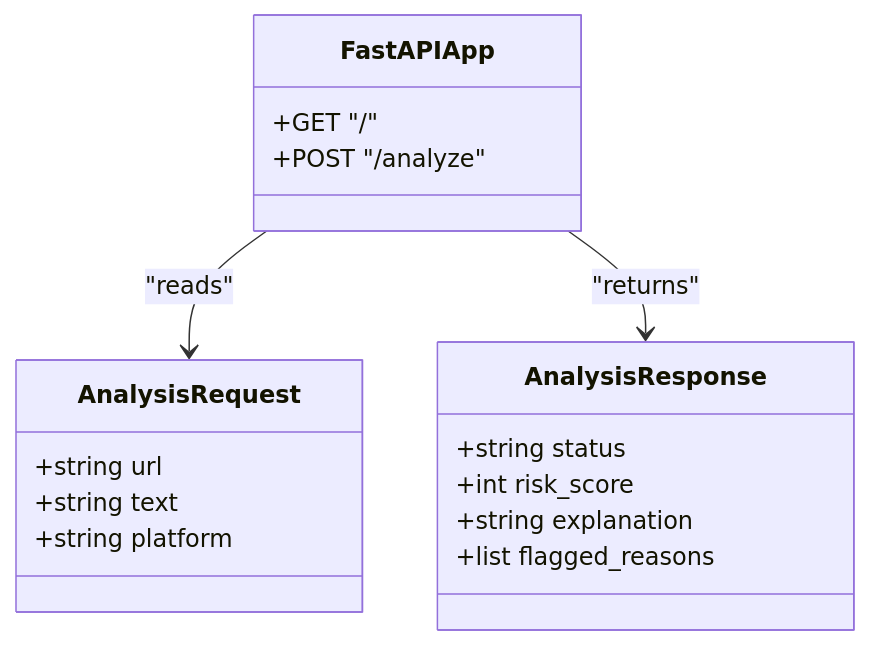
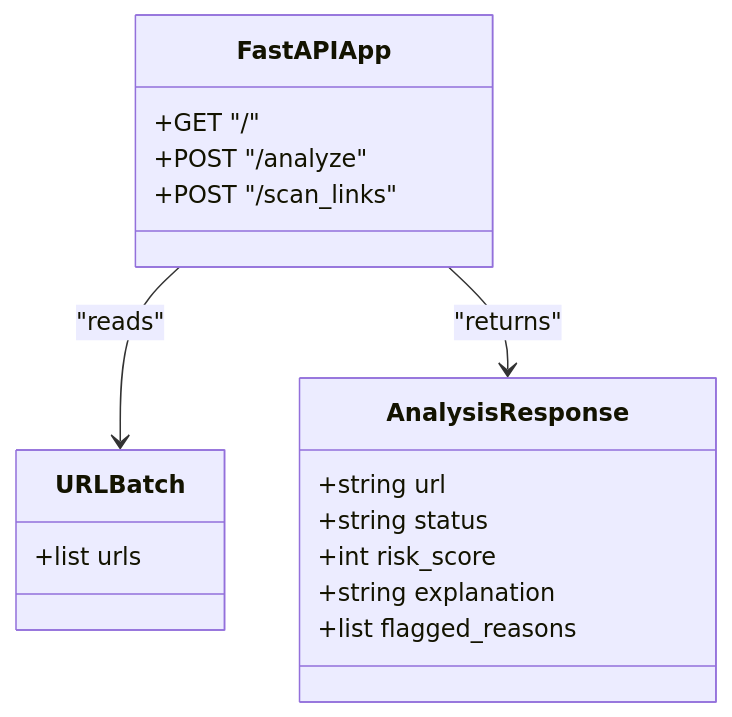
The sixth of 7 diagrams in .qoder/repowiki/en/content/Chrome Extension Development.md (Aymanaahh/scrollguard-ai), drawn with Mermaid before and after one commit. The commit also changed other lines of this file and 36 other files, not shown here.

````diff
--- a/.qoder/repowiki/en/content/Chrome Extension Development.md
+++ b/.qoder/repowiki/en/content/Chrome Extension Development.md
@@ -291,20 +297,20 @@
 ```mermaid
 classDiagram
-class AnalysisRequest {
-+string url
-+string text
-+string platform
+class URLBatch {
++list urls
 }
 class AnalysisResponse {
++string url
 +string status
 +int risk_score
 +string explanation
 +list flagged_reasons
 }
 class FastAPIApp {
 +GET "/"
 +POST "/analyze"
++POST "/scan_links"
 }
-FastAPIApp --> AnalysisRequest : "reads"
+FastAPIApp --> URLBatch : "reads"
 FastAPIApp --> AnalysisResponse : "returns"
 ```
````
